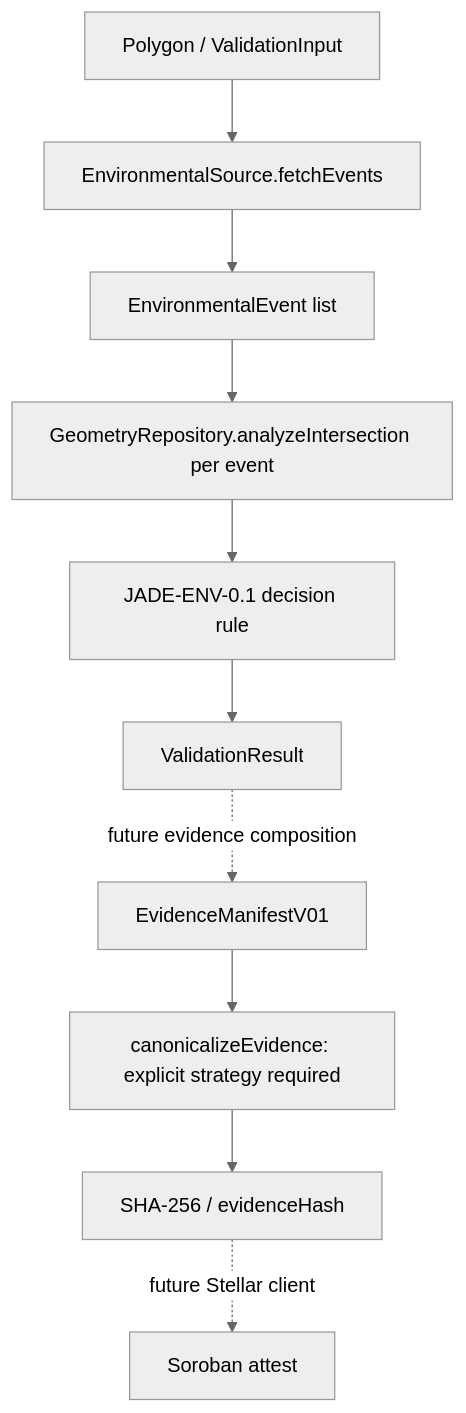
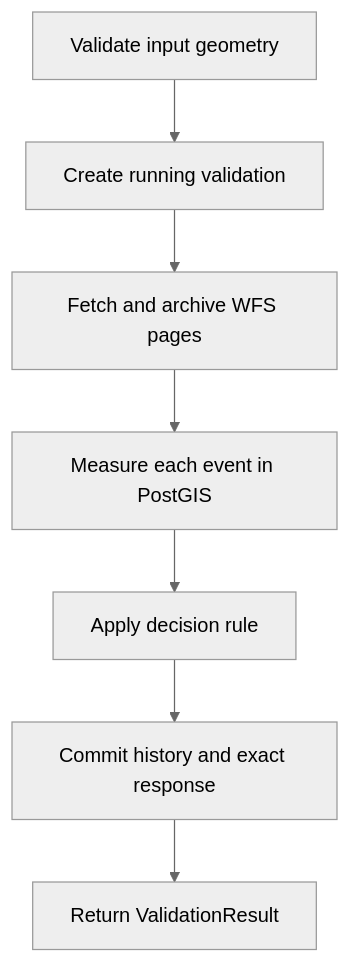
The diagram in docs/architecture/environmental-flow.md (patrolatech/jade-mt), drawn with Mermaid (neutral theme) before and after one commit. The commit also changed other lines of this file and 63 other files, not shown here.

Commit message:
feat: enhance environmental validation API and persistence

````diff
--- a/docs/architecture/environmental-flow.md
+++ b/docs/architecture/environmental-flow.md
@@ -3,12 +3,9 @@
 ```mermaid
 flowchart TD
-  A[Polygon / ValidationInput] --> B[EnvironmentalSource.fetchEvents]
-  B --> C[EnvironmentalEvent list]
-  C --> D[GeometryRepository.analyzeIntersection per event]
-  D --> E[JADE-ENV-0.1 decision rule]
-  E --> F[ValidationResult]
-  F -. future evidence composition .-> G[EvidenceManifestV01]
-  G --> H[canonicalizeEvidence: explicit strategy required]
-  H --> I[SHA-256 / evidenceHash]
-  I -. future Stellar client .-> J[Soroban attest]
+  A[Validate input geometry] --> B[Create running validation]
+  B --> C[Fetch and archive WFS pages]
+  C --> D[Measure each event in PostGIS]
+  D --> E[Apply decision rule]
+  E --> F[Commit history and exact response]
+  F --> G[Return ValidationResult]
 ```
````
